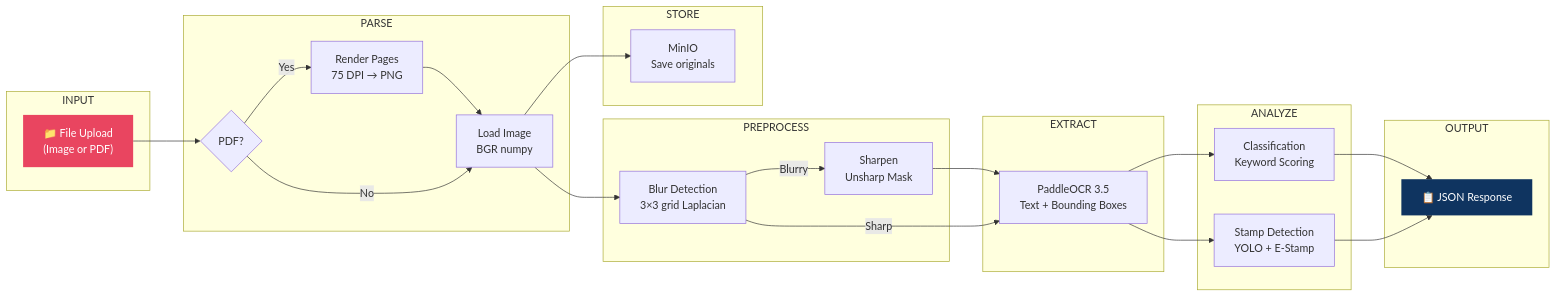
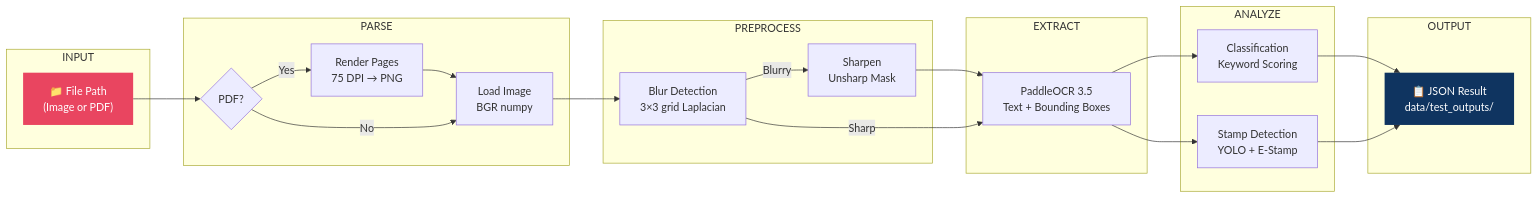
One commit to Sakshisingh-BV/Intellicheck-Docs changed the second of 13 diagrams in ARCHITECTURE.md. Above: the diagram before and after it, drawn with Mermaid. The commit also changed other lines of this file and 29 other files, not shown here.

````diff
--- a/ARCHITECTURE.md
+++ b/ARCHITECTURE.md
@@ -186,47 +144,42 @@
 ```mermaid
 graph LR
     subgraph INPUT
-        UP["📁 File Upload\n(Image or PDF)"]
+        UP["📁 File Path\n(Image or PDF)"]
     end
 
     subgraph PARSE
         R{"PDF?"}
         PDF["Render Pages\n75 DPI → PNG"]
         IMG["Load Image\nBGR numpy"]
     end
 
     subgraph PREPROCESS
         BL["Blur Detection\n3×3 grid Laplacian"]
         SH["Sharpen\nUnsharp Mask"]
     end
 
     subgraph EXTRACT
         OCR["PaddleOCR 3.5\nText + Bounding Boxes"]
     end
 
     subgraph ANALYZE
         CL["Classification\nKeyword Scoring"]
         ST["Stamp Detection\nYOLO + E-Stamp"]
     end
 
-    subgraph STORE
-        MI["MinIO\nSave originals"]
-    end
-
     subgraph OUTPUT
-        RES["📋 JSON Response"]
+        RES["📋 JSON Result\ndata/test_outputs/"]
     end
 
     UP --> R
     R -->|Yes| PDF --> IMG
     R -->|No| IMG
     IMG --> BL
     BL -->|Blurry| SH --> OCR
     BL -->|Sharp| OCR
     OCR --> CL --> RES
     OCR --> ST --> RES
-    IMG --> MI
 
     style UP fill:#e94560,color:#fff,stroke:none
     style RES fill:#0f3460,color:#fff,stroke:none
 ```
````
